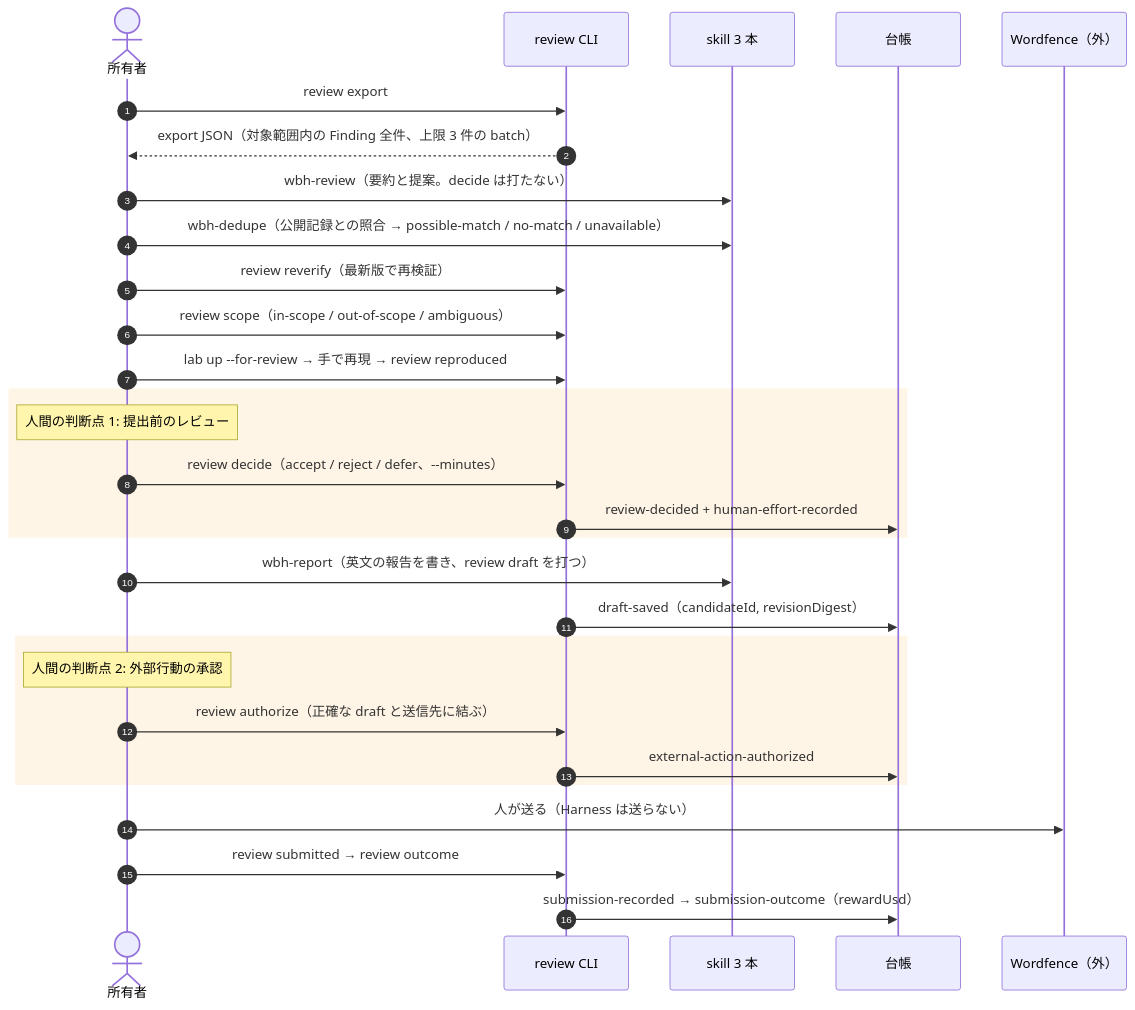
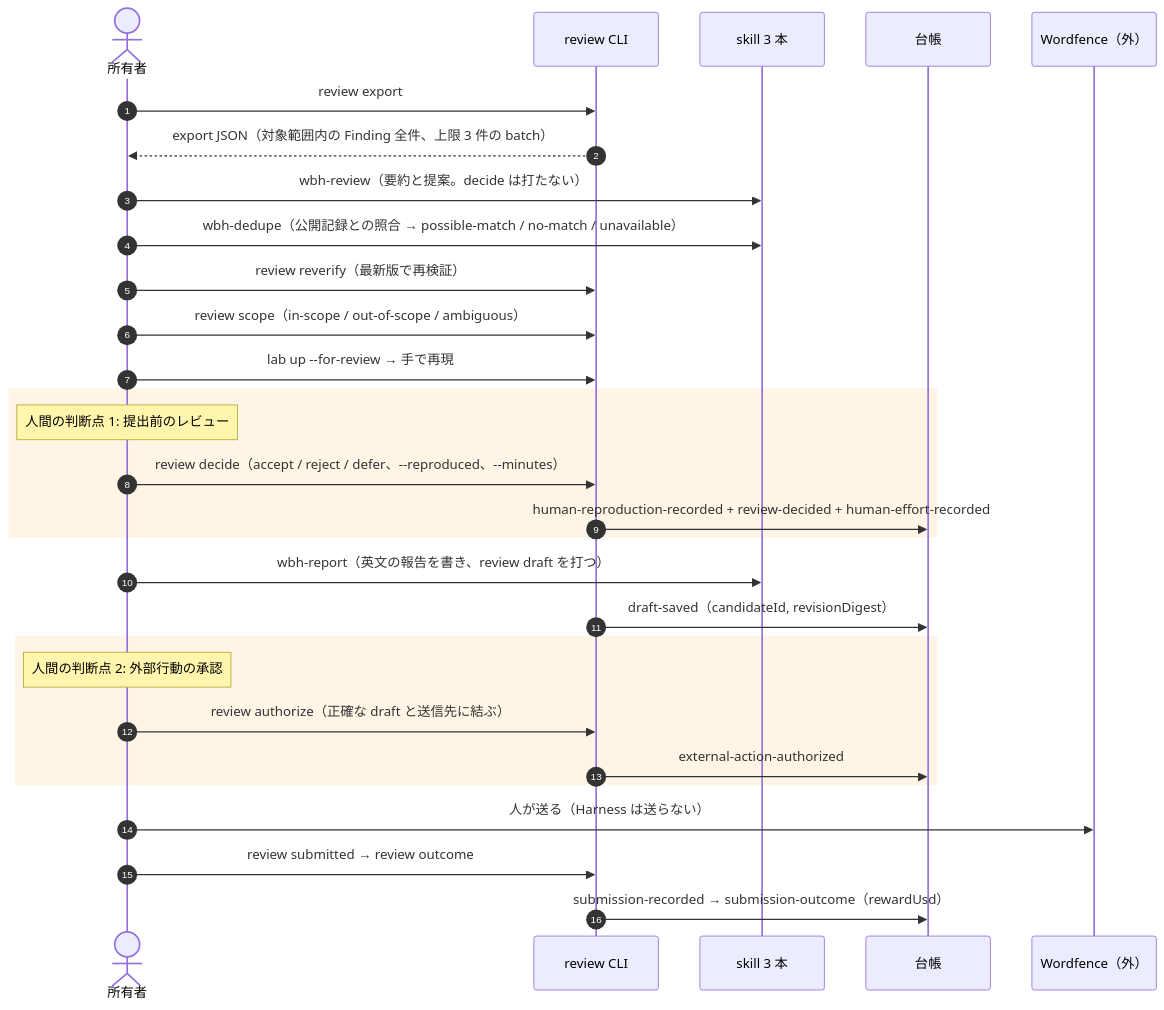
The seventh of 12 diagrams in docs/SYSTEM-DIAGRAMS.md (momoponwork1415-lgtm/wordpress-bounty-harness), drawn with Mermaid before and after one commit. The commit also changed 7 other files, not shown here.

First line of the commit message:
cli: review reproduced を review decide --reproduced に畳む

````diff
--- a/docs/SYSTEM-DIAGRAMS.md
+++ b/docs/SYSTEM-DIAGRAMS.md
@@ -232,32 +232,32 @@
 ```mermaid
 sequenceDiagram
   autonumber
   actor H as 所有者
   participant CLI as review CLI
   participant SK as skill 3 本
   participant L as 台帳
   participant WF as Wordfence（外）
 
   H->>CLI: review export
   CLI-->>H: export JSON（対象範囲内の Finding 全件、上限 3 件の batch）
   H->>SK: wbh-review（要約と提案。decide は打たない）
   H->>SK: wbh-dedupe（公開記録との照合 → possible-match / no-match / unavailable）
   H->>CLI: review reverify（最新版で再検証）
   H->>CLI: review scope（in-scope / out-of-scope / ambiguous）
-  H->>CLI: lab up --for-review → 手で再現 → review reproduced
+  H->>CLI: lab up --for-review → 手で再現
   rect rgb(255, 245, 230)
     Note over H: 人間の判断点 1: 提出前のレビュー
-    H->>CLI: review decide（accept / reject / defer、--minutes）
-    CLI->>L: review-decided + human-effort-recorded
+    H->>CLI: review decide（accept / reject / defer、--reproduced、--minutes）
+    CLI->>L: human-reproduction-recorded + review-decided + human-effort-recorded
   end
   H->>SK: wbh-report（英文の報告を書き、review draft を打つ）
   CLI->>L: draft-saved（candidateId, revisionDigest）
   rect rgb(255, 245, 230)
     Note over H: 人間の判断点 2: 外部行動の承認
     H->>CLI: review authorize（正確な draft と送信先に結ぶ）
     CLI->>L: external-action-authorized
   end
   H->>WF: 人が送る（Harness は送らない）
   H->>CLI: review submitted → review outcome
   CLI->>L: submission-recorded → submission-outcome（rewardUsd）
 ```
````
